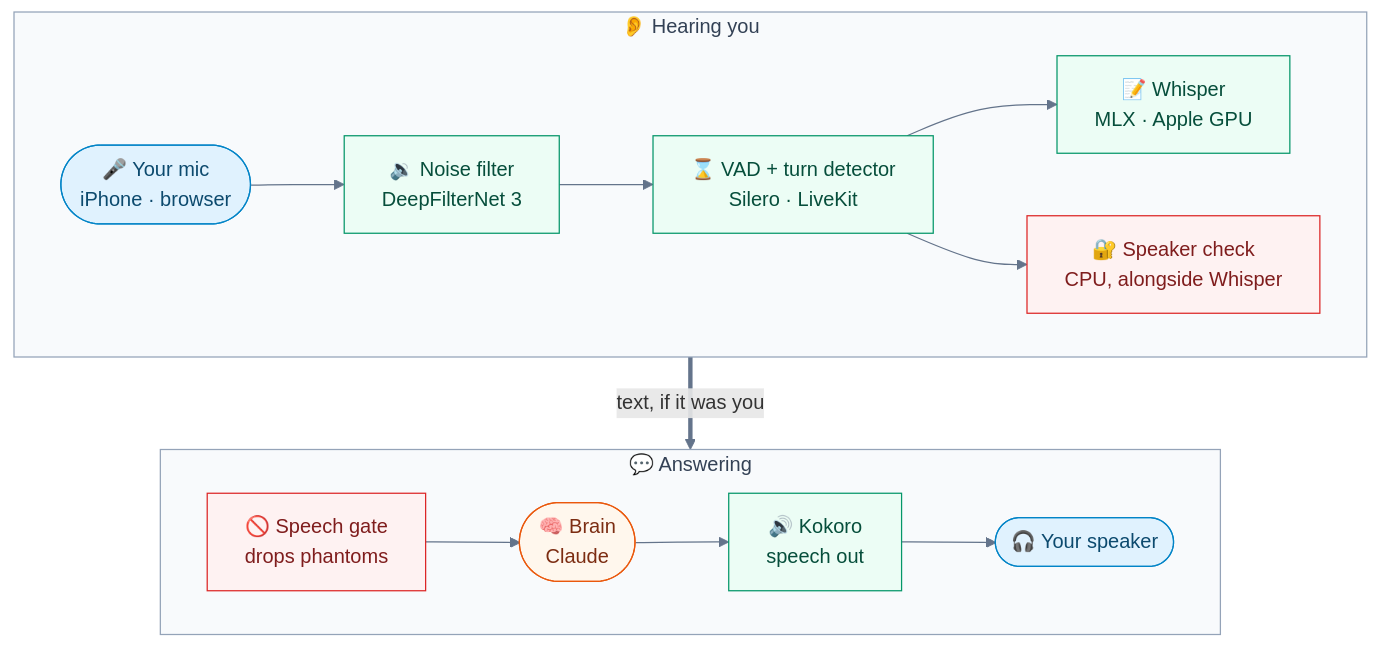
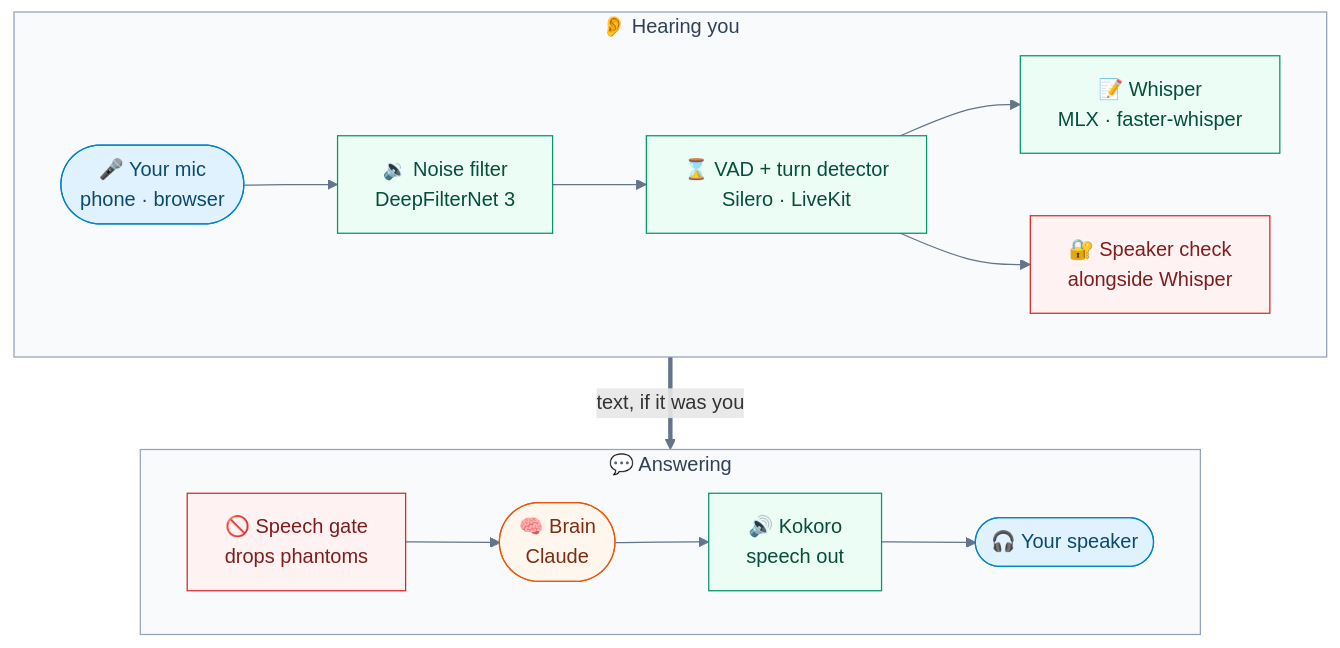
Before and after one commit to anilkumarmeena/alfred: the diagram in docs/voice.md, drawn with Mermaid. The commit also changed other lines of this file and 128 other files, not shown here.

````diff
--- a/docs/voice.md
+++ b/docs/voice.md
@@ -17,31 +17,31 @@
 ```mermaid
 flowchart TB
     subgraph Hear["👂 Hearing you"]
         direction LR
-        Mic(["🎤 Your mic<br/>iPhone · browser"]) --> NF["🔉 Noise filter<br/>DeepFilterNet 3"]
+        Mic(["🎤 Your mic<br/>phone · browser"]) --> NF["🔉 Noise filter<br/>DeepFilterNet 3"]
         NF --> VAD["⌛ VAD + turn detector<br/>Silero · LiveKit"]
-        VAD --> STT["📝 Whisper<br/>MLX · Apple GPU"]
-        VAD --> Spk["🔐 Speaker check<br/>CPU, alongside Whisper"]
+        VAD --> STT["📝 Whisper<br/>MLX · faster-whisper"]
+        VAD --> Spk["🔐 Speaker check<br/>alongside Whisper"]
     end
 
     subgraph Answer["💬 Answering"]
         direction LR
         Gate["🚫 Speech gate<br/>drops phantoms"] --> Brain(["🧠 Brain<br/>Claude"])
         Brain --> TTS["🔊 Kokoro<br/>speech out"]
         TTS --> Out(["🎧 Your speaker"])
     end
 
     Hear ==>|"text, if it was you"| Answer
 
     classDef you fill:#e0f2fe,stroke:#0284c7,color:#0c4a6e
     classDef mac fill:#ecfdf5,stroke:#059669,color:#064e3b
     classDef cloud fill:#fff7ed,stroke:#ea580c,color:#7c2d12
     classDef warn fill:#fef2f2,stroke:#dc2626,color:#7f1d1d
     class Mic,Out you
     class NF,VAD,STT,TTS mac
     class Gate,Spk warn
     class Brain cloud
     style Hear fill:#f8fafc,stroke:#94a3b8,color:#334155
     style Answer fill:#f8fafc,stroke:#94a3b8,color:#334155
     linkStyle default stroke:#64748b
 ```
````
